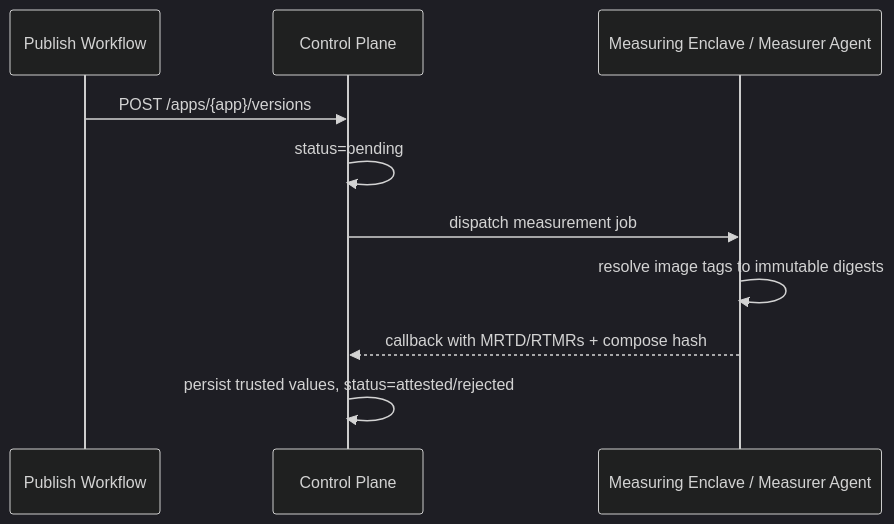
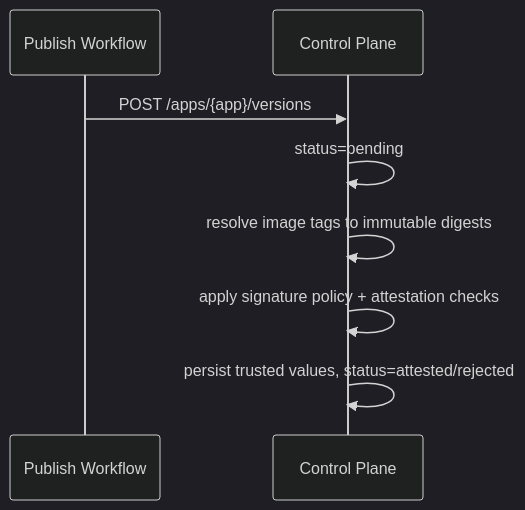
Before and after one commit to easyenclave/easyenclave: the third of 3 diagrams in docs/ARCHITECTURE.md, drawn with Mermaid (dark theme). The commit also changed other lines of this file and 27 other files, not shown here.

````diff
--- a/docs/ARCHITECTURE.md
+++ b/docs/ARCHITECTURE.md
@@ -58,13 +58,11 @@
 ```mermaid
 sequenceDiagram
     participant CI as Publish Workflow
     participant CP as Control Plane
-    participant M as Measuring Enclave / Measurer Agent
 
     CI->>CP: POST /apps/{app}/versions
     CP->>CP: status=pending
-    CP->>M: dispatch measurement job
-    M->>M: resolve image tags to immutable digests
-    M-->>CP: callback with MRTD/RTMRs + compose hash
+    CP->>CP: resolve image tags to immutable digests
+    CP->>CP: apply signature policy + attestation checks
     CP->>CP: persist trusted values, status=attested/rejected
 ```
````
